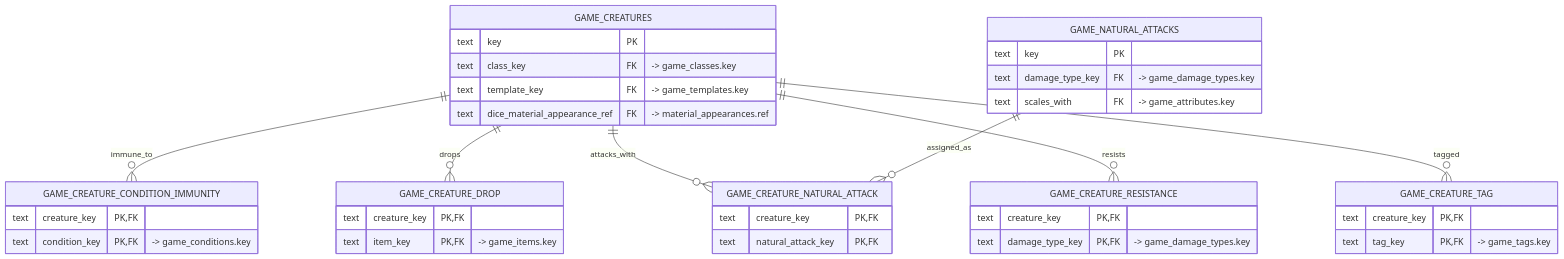
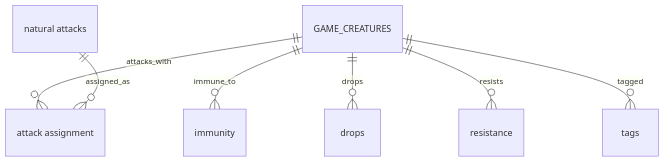
Diagram 17 of 19 in skills/diagrams/references/worked-examples.md (jonasferagen/agent-skills), drawn with Mermaid before and after one commit. The commit also changed other lines of this file and 14 other files, not shown here.

Commit message:
Reconcile skill package conventions and diagram examples

````diff
--- a/skills/diagrams/references/worked-examples.md
+++ b/skills/diagrams/references/worked-examples.md
@@ -402,41 +396,16 @@
 ```mermaid
 erDiagram
+  GAME_CREATURE_CONDITION_IMMUNITY["immunity"]
+  GAME_CREATURE_DROP["drops"]
+  GAME_CREATURE_NATURAL_ATTACK["attack assignment"]
+  GAME_CREATURE_RESISTANCE["resistance"]
+  GAME_CREATURE_TAG["tags"]
+  GAME_NATURAL_ATTACKS["natural attacks"]
+
   GAME_CREATURES ||--o{ GAME_CREATURE_CONDITION_IMMUNITY : immune_to
   GAME_CREATURES ||--o{ GAME_CREATURE_DROP : drops
   GAME_CREATURES ||--o{ GAME_CREATURE_NATURAL_ATTACK : attacks_with
   GAME_CREATURES ||--o{ GAME_CREATURE_RESISTANCE : resists
   GAME_CREATURES ||--o{ GAME_CREATURE_TAG : tagged
   GAME_NATURAL_ATTACKS ||--o{ GAME_CREATURE_NATURAL_ATTACK : assigned_as
-
-  GAME_CREATURES {
-    text key PK
-    text class_key FK "-> game_classes.key"
-    text template_key FK "-> game_templates.key"
-    text dice_material_appearance_ref FK "-> material_appearances.ref"
-  }
-  GAME_CREATURE_CONDITION_IMMUNITY {
-    text creature_key PK, FK
-    text condition_key PK, FK "-> game_conditions.key"
-  }
-  GAME_CREATURE_DROP {
-    text creature_key PK, FK
-    text item_key PK, FK "-> game_items.key"
-  }
-  GAME_CREATURE_NATURAL_ATTACK {
-    text creature_key PK, FK
-    text natural_attack_key PK, FK
-  }
-  GAME_CREATURE_RESISTANCE {
-    text creature_key PK, FK
-    text damage_type_key PK, FK "-> game_damage_types.key"
-  }
-  GAME_CREATURE_TAG {
-    text creature_key PK, FK
-    text tag_key PK, FK "-> game_tags.key"
-  }
-  GAME_NATURAL_ATTACKS {
-    text key PK
-    text damage_type_key FK "-> game_damage_types.key"
-    text scales_with FK "-> game_attributes.key"
-  }
 ```
````
